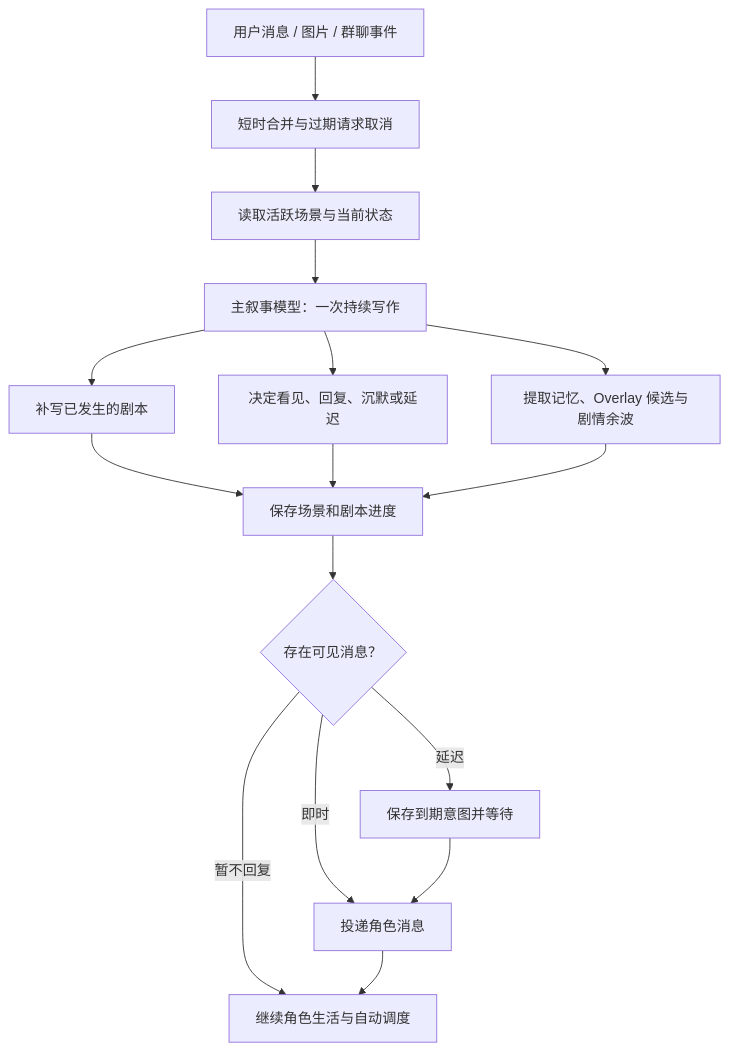
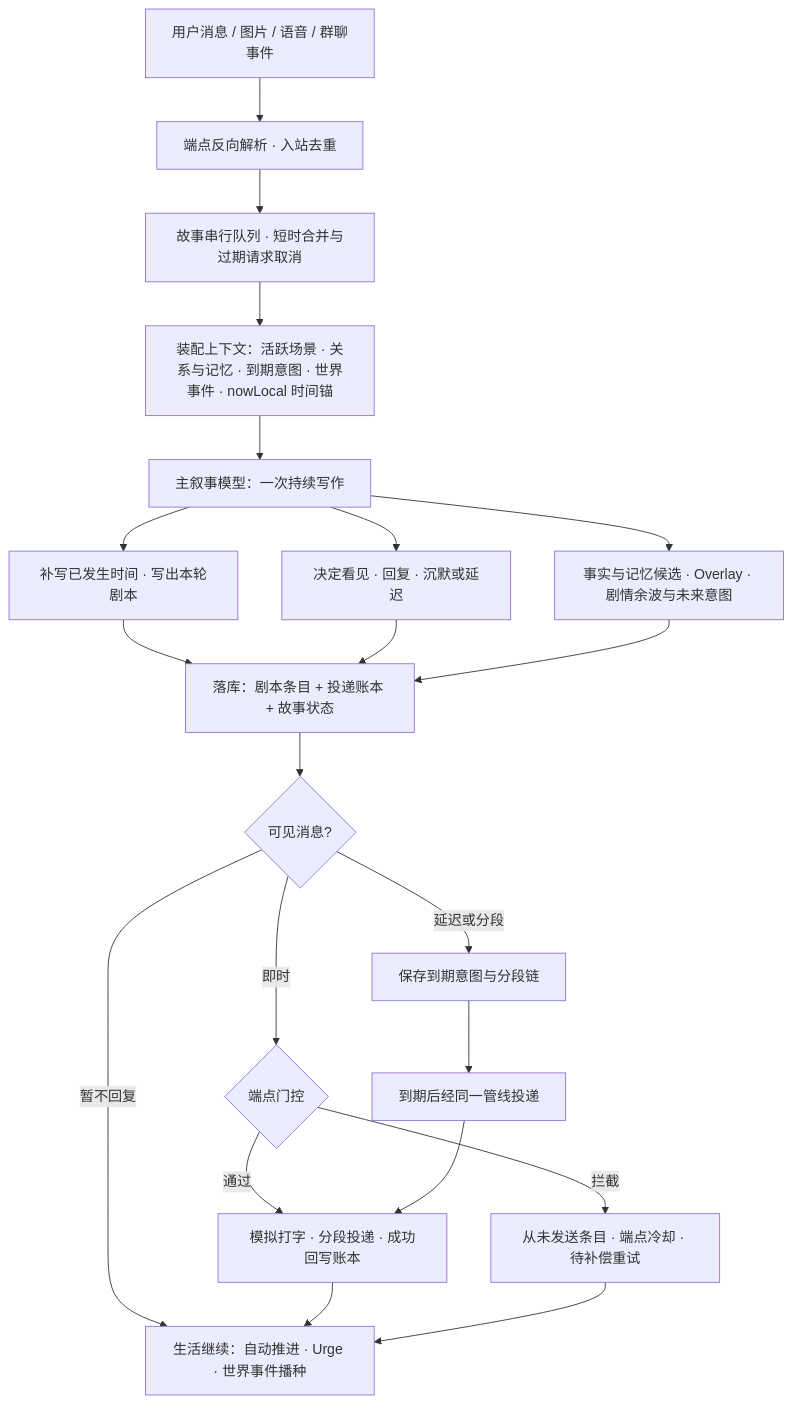
Before and after one commit to ISEKAI-MomoiCore/HDS-Interlude: the diagram in README.md, drawn with Mermaid. The commit also changed other lines of this file, not shown here.

Commit message:
docs：消息→剧情流程图更新至当前管线（端点解析/串行合并/投递账本/端点门控/世界事件）

````diff
--- a/README.md
+++ b/README.md
@@ -76,18 +76,23 @@
 ```mermaid
 flowchart TD
-    U[用户消息 / 图片 / 群聊事件] --> D[短时合并与过期请求取消]
-    D --> C[读取活跃场景与当前状态]
+    U[用户消息 / 图片 / 语音 / 群聊事件] --> E[端点反向解析 · 入站去重]
+    E --> D[故事串行队列 · 短时合并与过期请求取消]
+    D --> C[装配上下文：活跃场景 · 关系与记忆 · 到期意图 · 世界事件 · nowLocal 时间锚]
     C --> M[主叙事模型：一次持续写作]
-    M --> S[补写已发生的剧本]
-    M --> R[决定看见、回复、沉默或延迟]
-    M --> K[提取记忆、Overlay 候选与剧情余波]
-    S --> P[保存场景和剧本进度]
+    M --> S[补写已发生时间 · 写出本轮剧本]
+    M --> R[决定看见 · 回复 · 沉默或延迟]
+    M --> K[事实与记忆候选 · Overlay · 剧情余波与未来意图]
+    S --> P[落库：剧本条目 + 投递账本 + 故事状态]
     R --> P
     K --> P
-    P --> T{存在可见消息？}
-    T -->|即时| I[投递角色消息]
-    T -->|延迟| Q[保存到期意图并等待]
-    T -->|暂不回复| A[继续角色生活与自动调度]
-    Q --> I
+    P --> T{可见消息?}
+    T -->|即时| G{端点门控}
+    G -->|通过| I[模拟打字 · 分段投递 · 成功回写账本]
+    G -->|拦截| W[从未发送条目 · 端点冷却 · 待补偿重试]
+    T -->|延迟或分段| Q[保存到期意图与分段链]
+    T -->|暂不回复| A[生活继续：自动推进 · Urge · 世界事件播种]
+    Q --> R2[到期后经同一管线投递]
+    R2 --> I
     I --> A
+    W --> A
 ```
````
